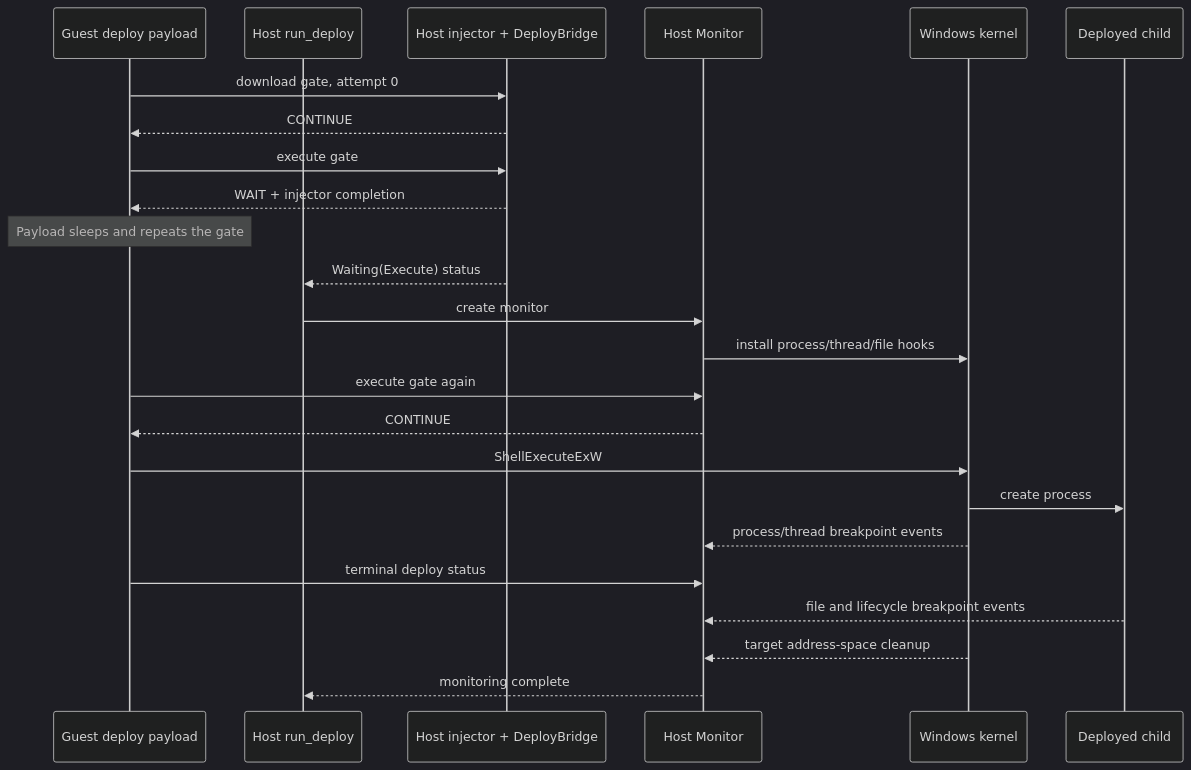
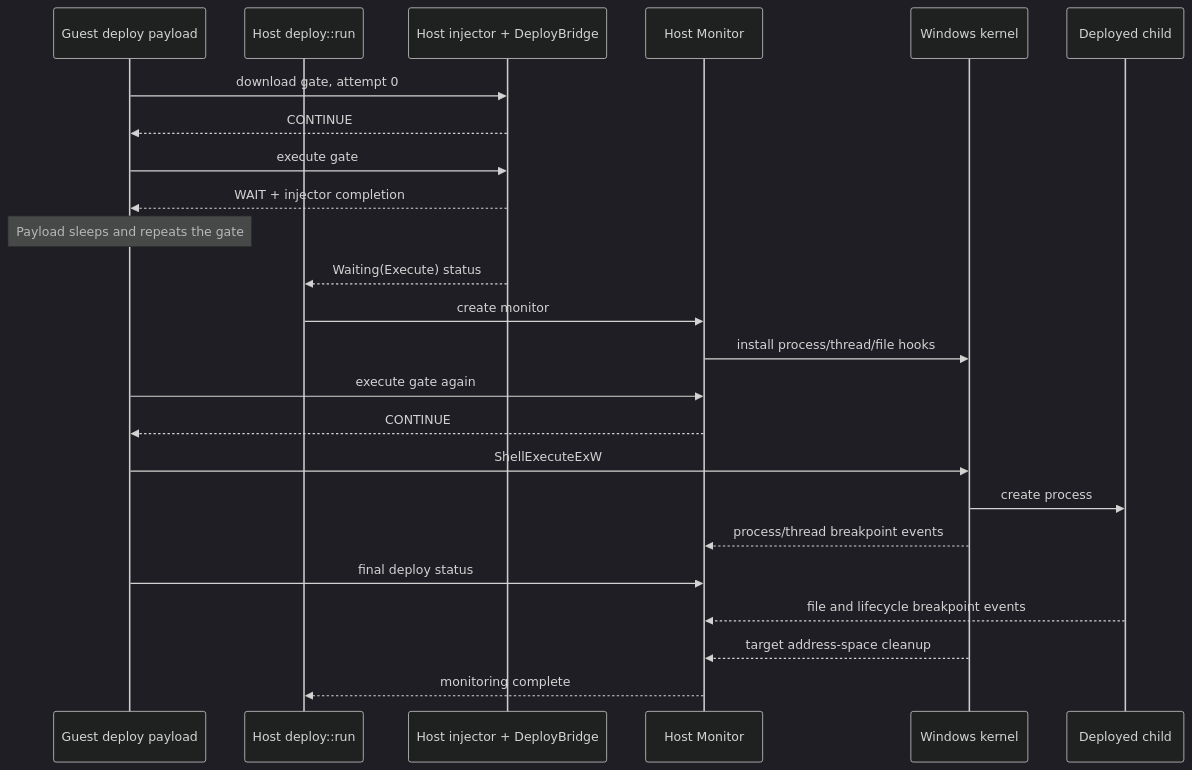
One commit to vmi-rs/vmi changed the third of 3 diagrams in examples/windows-bridge/README.md. Above: the diagram before and after it, drawn with Mermaid (dark theme). The commit also changed other lines of this file and 18 other files, not shown here.

````diff
--- a/examples/windows-bridge/README.md
+++ b/examples/windows-bridge/README.md
@@ -104,27 +104,27 @@
 ```mermaid
 sequenceDiagram
     participant G as Guest deploy payload
-    participant H as Host run_deploy
+    participant H as Host deploy::run
     participant I as Host injector + DeployBridge
     participant M as Host Monitor
     participant W as Windows kernel
     participant C as Deployed child
 
     G->>I: download gate, attempt 0
     I-->>G: CONTINUE
     G->>I: execute gate
     I-->>G: WAIT + injector completion
     Note over G: Payload sleeps and repeats the gate
     I-->>H: Waiting(Execute) status
     H->>M: create monitor
     M->>W: install process/thread/file hooks
     G->>M: execute gate again
     M-->>G: CONTINUE
     G->>W: ShellExecuteExW
     W->>C: create process
     W-->>M: process/thread breakpoint events
-    G->>M: terminal deploy status
+    G->>M: final deploy status
     C-->>M: file and lifecycle breakpoint events
     W-->>M: target address-space cleanup
     M-->>H: monitoring complete
 ```
````
